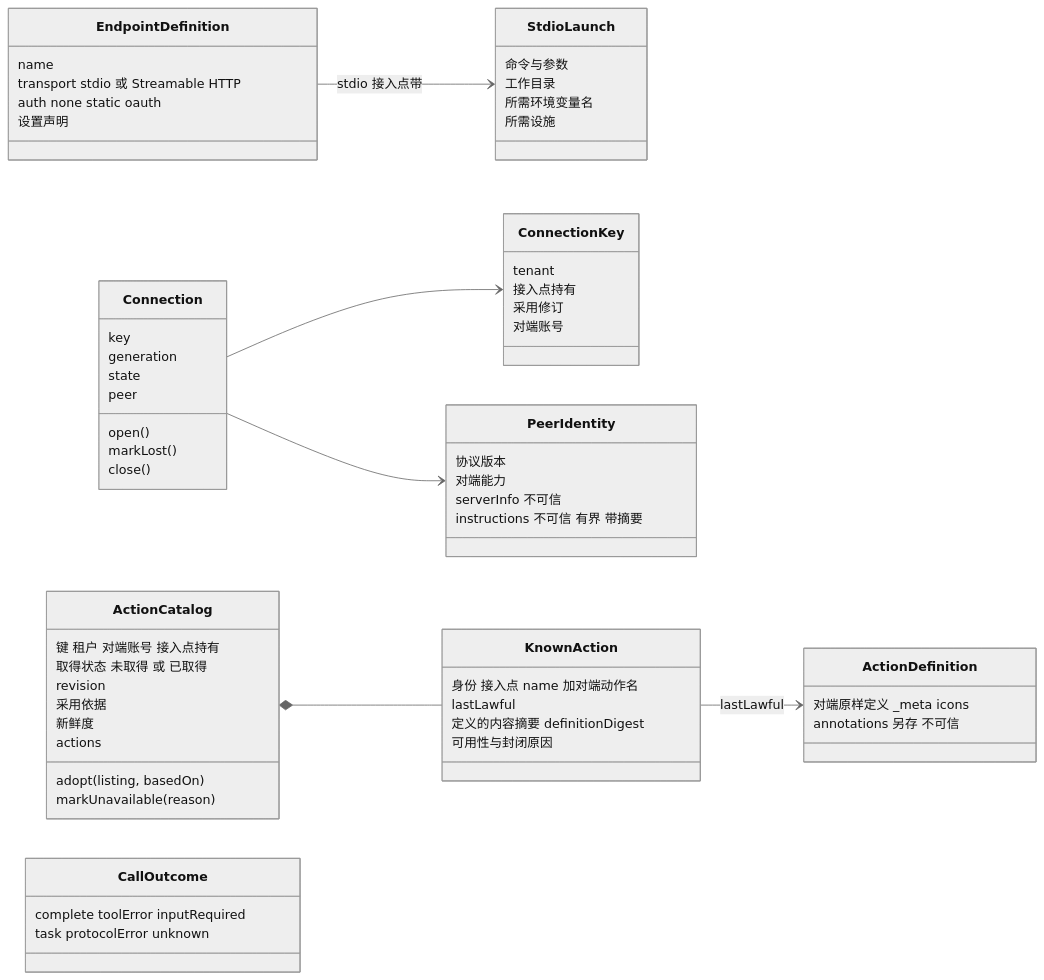
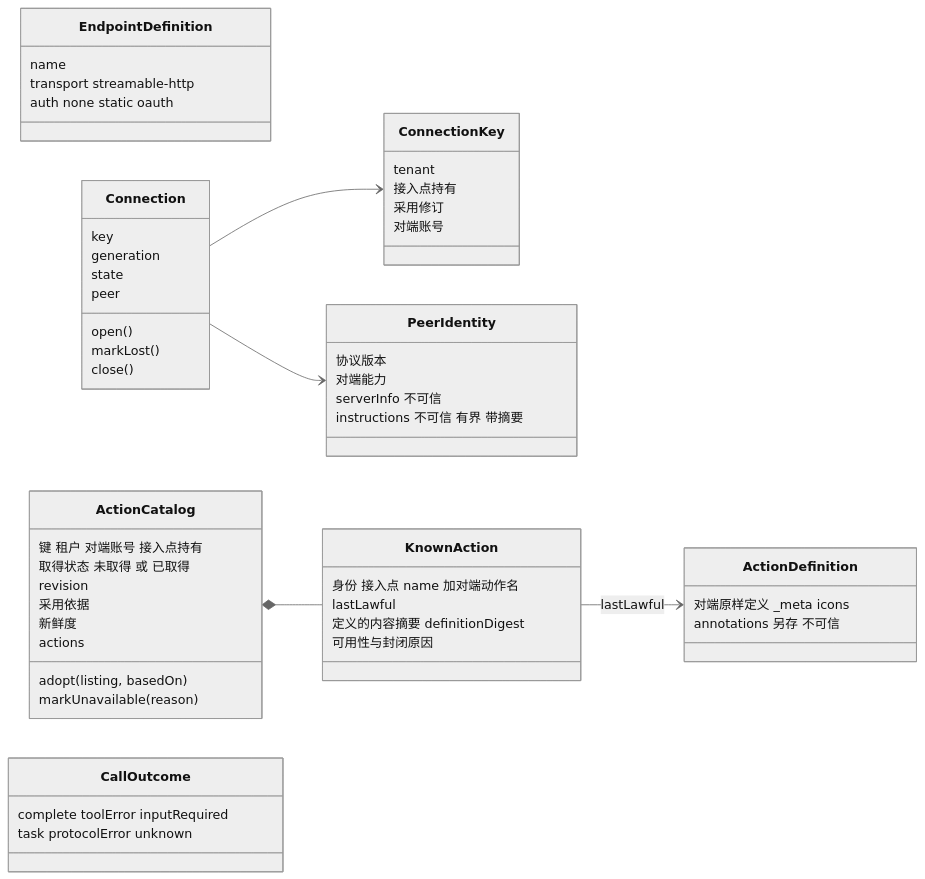
The first of 2 diagrams in packages/mcp/docs/architecture.md (nemori-ai/omne-harness-lite), drawn with Mermaid (neutral theme) before and after one commit. The commit also changed other lines of this file and 57 other files, not shown here.

````diff
--- a/packages/mcp/docs/architecture.md
+++ b/packages/mcp/docs/architecture.md
@@ -97,66 +93,58 @@
 ```mermaid
 classDiagram
     direction LR
     class EndpointDefinition {
         name
-        transport stdio 或 Streamable HTTP
+        transport streamable-http
         auth none static oauth
-        设置声明
-    }
-    class StdioLaunch {
-        命令与参数
-        工作目录
-        所需环境变量名
-        所需设施
     }
     class ConnectionKey {
         tenant
         接入点持有
         采用修订
         对端账号
     }
     class Connection {
         key
         generation
         state
         peer
         open()
         markLost()
         close()
     }
     class PeerIdentity {
         协议版本
         对端能力
         serverInfo 不可信
         instructions 不可信 有界 带摘要
     }
     class ActionCatalog {
         键 租户 对端账号 接入点持有
         取得状态 未取得 或 已取得
         revision
         采用依据
         新鲜度
         actions
         adopt(listing, basedOn)
         markUnavailable(reason)
     }
     class KnownAction {
         身份 接入点 name 加对端动作名
         lastLawful
         定义的内容摘要 definitionDigest
         可用性与封闭原因
     }
     class ActionDefinition {
         对端原样定义 _meta icons
         annotations 另存 不可信
     }
     class CallOutcome {
         complete toolError inputRequired
         task protocolError unknown
     }
-    EndpointDefinition --> StdioLaunch : stdio 接入点带
     Connection --> ConnectionKey
     Connection --> PeerIdentity
     ActionCatalog *-- KnownAction
     KnownAction --> ActionDefinition : lastLawful
 ```
````
